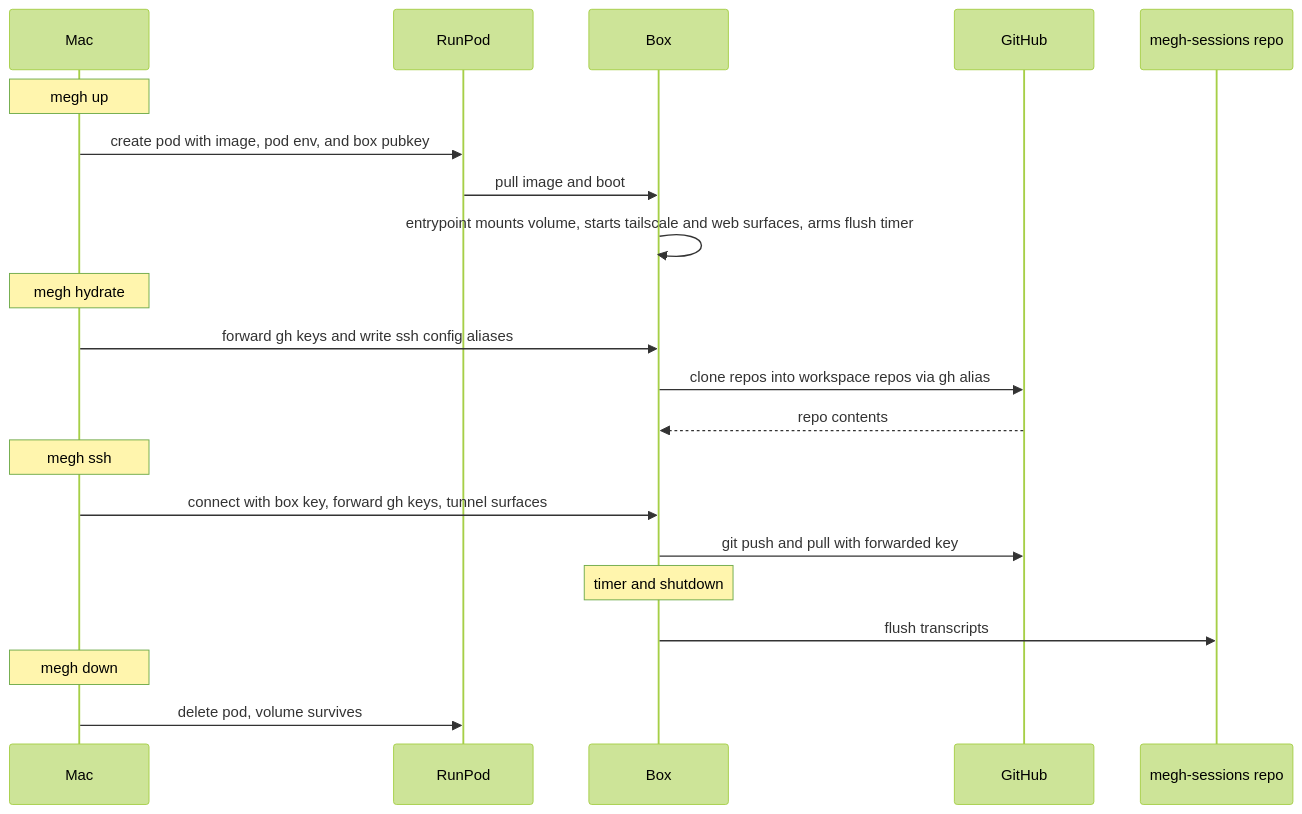
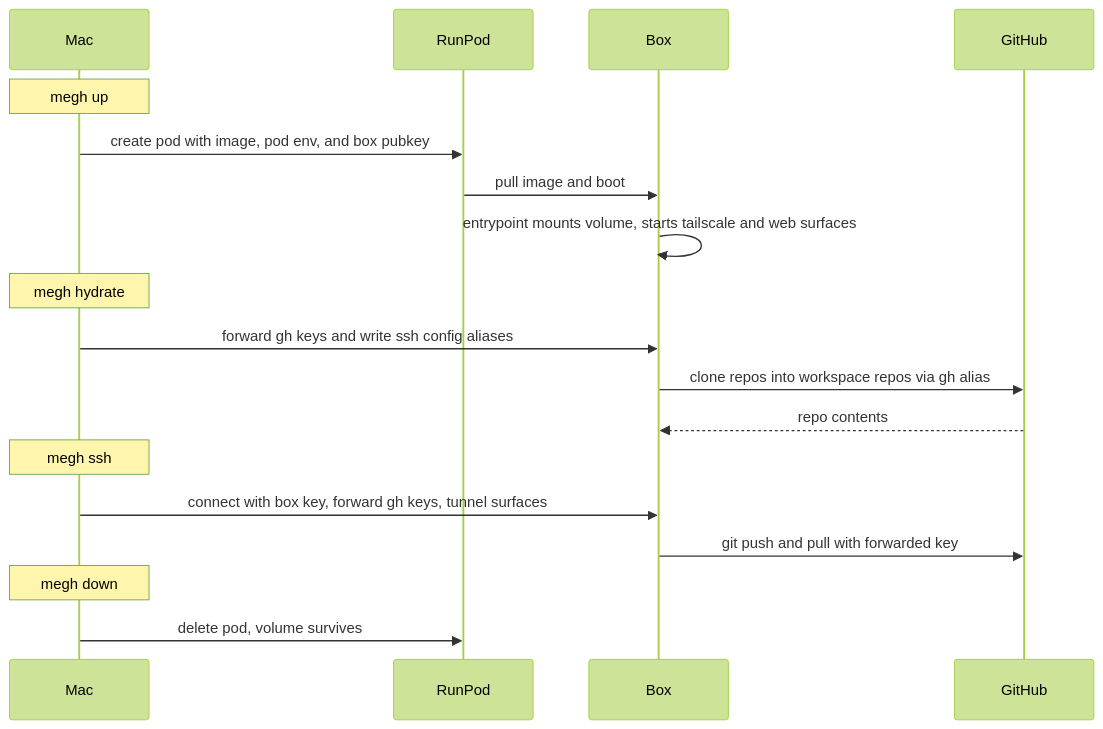
Before and after one commit to panyam/megh: the third of 5 diagrams in docs/LIFECYCLE.md, drawn with Mermaid (forest theme). The commit also changed other lines of this file and 9 other files, not shown here.

First line of the commit message:
Retire megh sessions collect and the megh-sessions repo

````diff
--- a/docs/LIFECYCLE.md
+++ b/docs/LIFECYCLE.md
@@ -37,28 +37,24 @@
 ```mermaid
 sequenceDiagram
   participant Mac
   participant RunPod
   participant VM as Box
   participant GitHub
-  participant Sessions as megh-sessions repo
 
   Note over Mac: megh up
   Mac->>RunPod: create pod with image, pod env, and box pubkey
   RunPod->>VM: pull image and boot
-  VM->>VM: entrypoint mounts volume, starts tailscale and web surfaces, arms flush timer
+  VM->>VM: entrypoint mounts volume, starts tailscale and web surfaces
 
   Note over Mac: megh hydrate
   Mac->>VM: forward gh keys and write ssh config aliases
   VM->>GitHub: clone repos into workspace repos via gh alias
   GitHub-->>VM: repo contents
 
   Note over Mac: megh ssh
   Mac->>VM: connect with box key, forward gh keys, tunnel surfaces
   VM->>GitHub: git push and pull with forwarded key
 
-  Note over VM: timer and shutdown
-  VM->>Sessions: flush transcripts
-
   Note over Mac: megh down
   Mac->>RunPod: delete pod, volume survives
 ```
````
